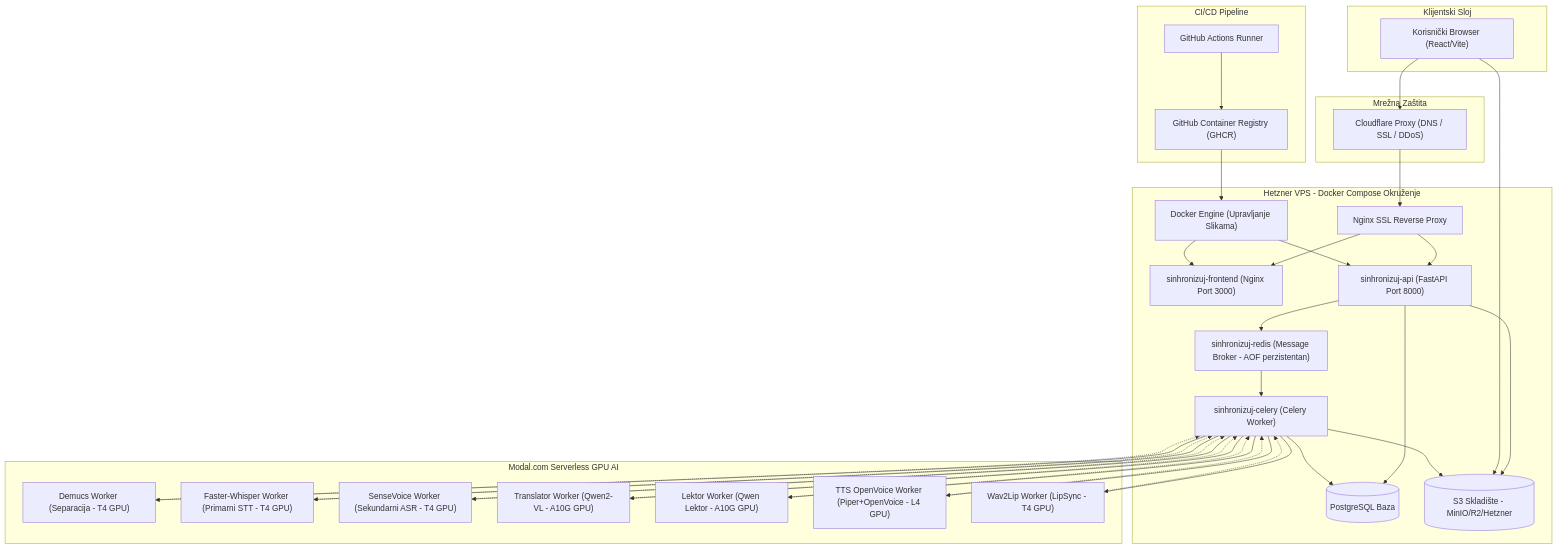
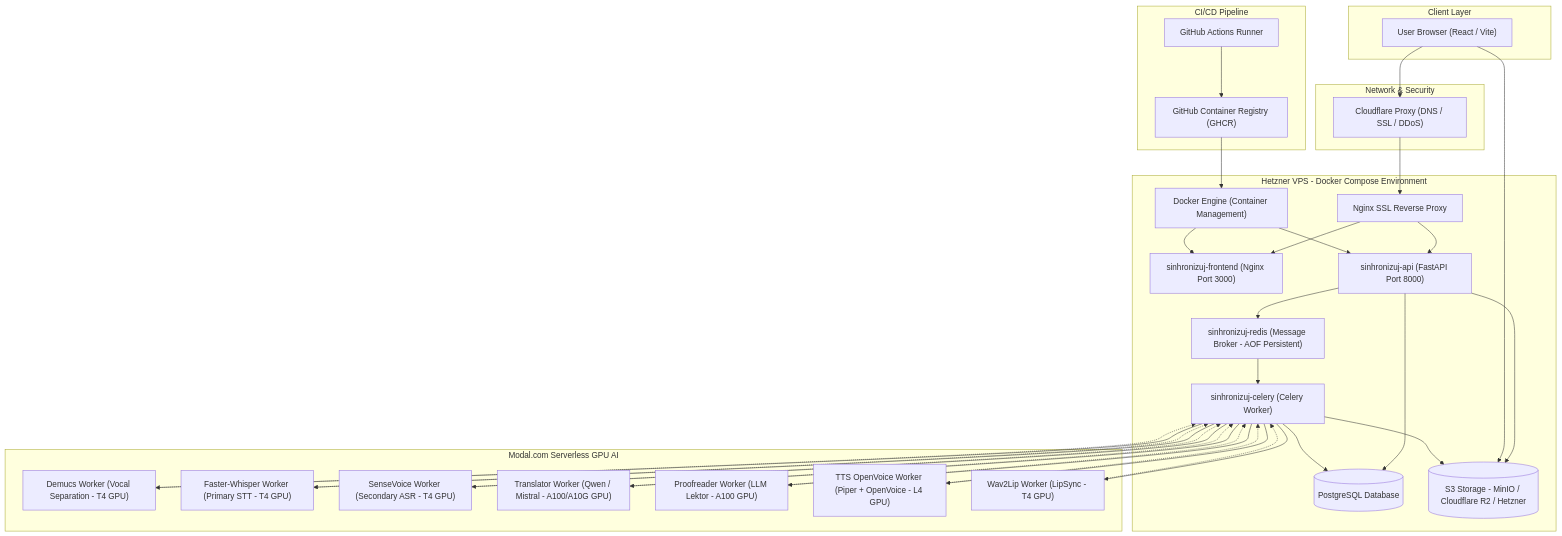
One commit to Gruya13/sinhronizuj.me changed the diagram in README.md. Above: the diagram before and after it, drawn with Mermaid. The commit also changed other lines of this file and 3 other files, not shown here.

````diff
--- a/README.md
+++ b/README.md
@@ -34,75 +33,75 @@
 ```mermaid
 flowchart TD
-    subgraph Klijent ["Klijentski Sloj"]
-        Browser["Korisnički Browser (React/Vite)"]
+    subgraph ClientLayer ["Client Layer"]
+        Browser["User Browser (React / Vite)"]
     end
 
-    subgraph CF ["Mrežna Zaštita"]
+    subgraph NetworkSec ["Network & Security"]
         Cloudflare["Cloudflare Proxy (DNS / SSL / DDoS)"]
     end
 
-    subgraph HetznerVPS ["Hetzner VPS - Docker Compose Okruženje"]
+    subgraph HetznerVPS ["Hetzner VPS - Docker Compose Environment"]
         NginxProxy["Nginx SSL Reverse Proxy"]
         Frontend["sinhronizuj-frontend (Nginx Port 3000)"]
         API["sinhronizuj-api (FastAPI Port 8000)"]
         Celery["sinhronizuj-celery (Celery Worker)"]
-        Redis["sinhronizuj-redis (Message Broker - AOF perzistentan)"]
-        Postgres[(PostgreSQL Baza)]
-        S3[(S3 Skladište - MinIO/R2/Hetzner)]
-        DockerDaemon["Docker Engine (Upravljanje Slikama)"]
+        Redis["sinhronizuj-redis (Message Broker - AOF Persistent)"]
+        Postgres[(PostgreSQL Database)]
+        S3[(S3 Storage - MinIO / Cloudflare R2 / Hetzner)]
+        DockerDaemon["Docker Engine (Container Management)"]
     end
 
     subgraph ModalCloud ["Modal.com Serverless GPU AI"]
-        Demucs["Demucs Worker (Separacija - T4 GPU)"]
-        STT["Faster-Whisper Worker (Primarni STT - T4 GPU)"]
-        SenseVoice["SenseVoice Worker (Sekundarni ASR - T4 GPU)"]
-        Translator["Translator Worker (Qwen2-VL - A10G GPU)"]
-        Lektor["Lektor Worker (Qwen Lektor - A10G GPU)"]
-        TTS["TTS OpenVoice Worker (Piper+OpenVoice - L4 GPU)"]
+        Demucs["Demucs Worker (Vocal Separation - T4 GPU)"]
+        STT["Faster-Whisper Worker (Primary STT - T4 GPU)"]
+        SenseVoice["SenseVoice Worker (Secondary ASR - T4 GPU)"]
+        Translator["Translator Worker (Qwen / Mistral - A100/A10G GPU)"]
+        Lektor["Proofreader Worker (LLM Lektor - A100 GPU)"]
+        TTS["TTS OpenVoice Worker (Piper + OpenVoice - L4 GPU)"]
         Wav2Lip["Wav2Lip Worker (LipSync - T4 GPU)"]
     end
 
     subgraph GitHubFlow ["CI/CD Pipeline"]
         GHActions["GitHub Actions Runner"]
         GHCR["GitHub Container Registry (GHCR)"]
     end
 
-    %% Klijentske veze
+    %% Client Connections
     Browser --> Cloudflare
     Cloudflare --> NginxProxy
     NginxProxy --> Frontend
     NginxProxy --> API
 
-    %% API veze
+    %% API Connections
     API --> Postgres
     API --> S3
     Browser --> S3
     API --> Redis
     Redis --> Celery
 
-    %% Celery radnik i Modal/Lokalne veze
+    %% Celery Worker & Modal/Local Connections
     Celery --> Demucs
     Celery --> STT
     Celery --> SenseVoice
     Celery --> Translator
     Celery --> Lektor
     Celery --> TTS
     Celery --> Wav2Lip
 
     Demucs -.-> Celery
     STT -.-> Celery
     SenseVoice -.-> Celery
     Translator -.-> Celery
     Lektor -.-> Celery
     TTS -.-> Celery
     Wav2Lip -.-> Celery
 
     Celery --> S3
     Celery --> Postgres
 
-    %% CI/CD Tok
+    %% CI/CD Flow
     GHActions --> GHCR
     GHCR --> DockerDaemon
     DockerDaemon --> Frontend
     DockerDaemon --> API
 ```
````
